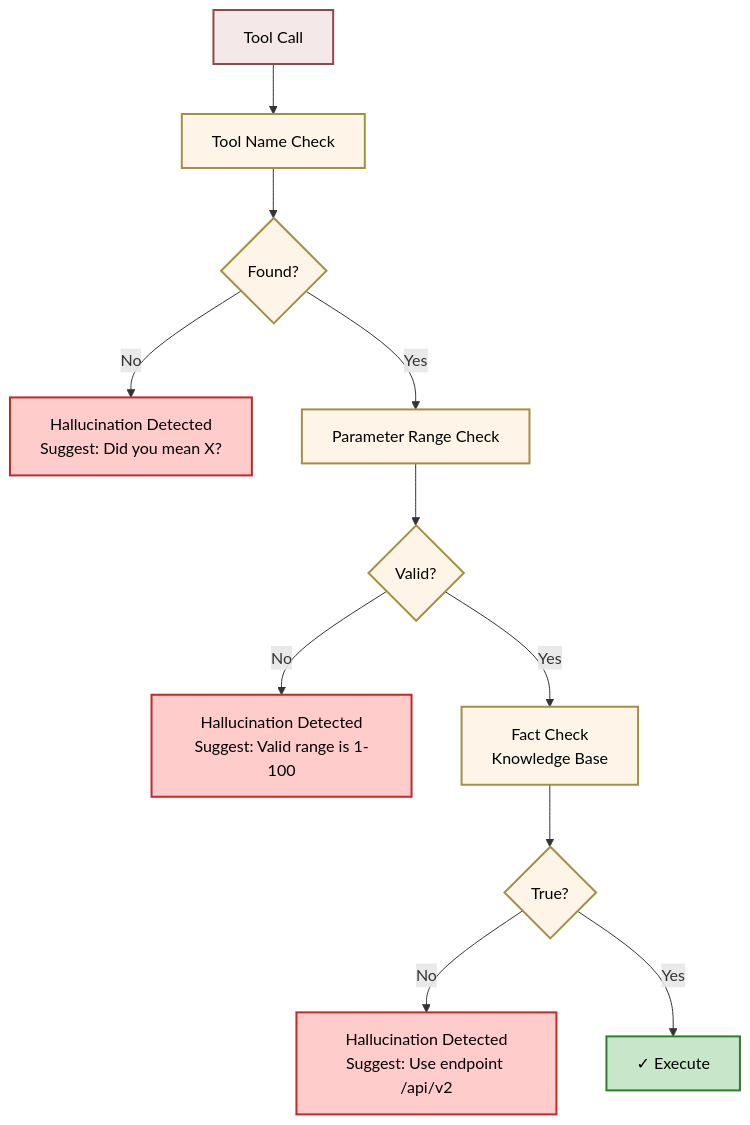
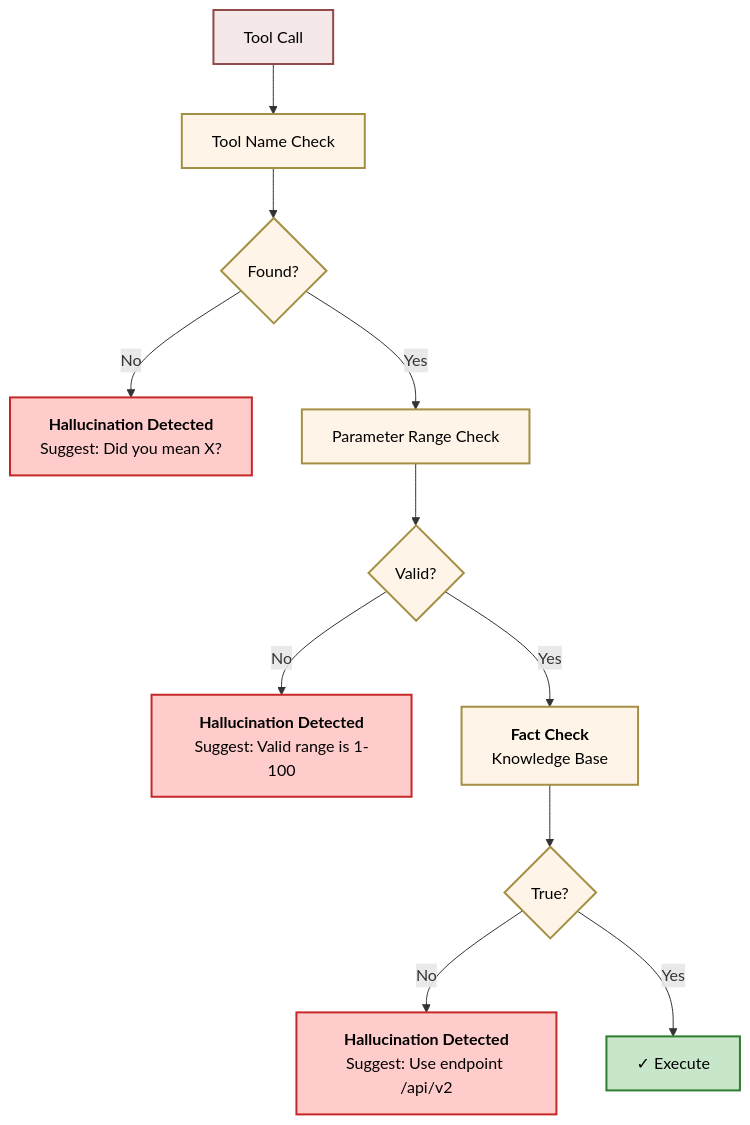
Before and after one commit to yeasy/harness_engineering_guide: the fourth of 6 diagrams in 07_model_integration/summary.md, drawn with Mermaid. The commit also changed other lines of this file and 26 other files, not shown here.

Commit message:
Add bold titles to Mermaid diagram nodes

````diff
--- a/07_model_integration/summary.md
+++ b/07_model_integration/summary.md
@@ -130,25 +130,25 @@
 ```mermaid
 graph TD
     A["Tool Call"] --> B["Tool Name Check"]
     B --> C{Found?}
-    C -->|No| D["Hallucination Detected<br/>Suggest: Did you mean X?"]
+    C -->|No| D["<b>Hallucination Detected</b><br/>Suggest: Did you mean X?"]
     C -->|Yes| E["Parameter Range Check"]
     E --> F{Valid?}
-    F -->|No| G["Hallucination Detected<br/>Suggest: Valid range is 1-100"]
-    F -->|Yes| H["Fact Check<br/>Knowledge Base"]
+    F -->|No| G["<b>Hallucination Detected</b><br/>Suggest: Valid range is 1-100"]
+    F -->|Yes| H["<b>Fact Check</b><br/>Knowledge Base"]
     H --> I{True?}
-    I -->|No| J["Hallucination Detected<br/>Suggest: Use endpoint /api/v2"]
+    I -->|No| J["<b>Hallucination Detected</b><br/>Suggest: Use endpoint /api/v2"]
     I -->|Yes| K["✓ Execute"]
 
     style A fill:#f4e8e8,stroke:#904a4a,stroke-width:2px,color:#000000
     style B fill:#fff4e8,stroke:#a49044,stroke-width:2px,color:#000000
     style C fill:#fff4e8,stroke:#a49044,stroke-width:2px,color:#000000
     style E fill:#fff4e8,stroke:#a49044,stroke-width:2px,color:#000000
     style F fill:#fff4e8,stroke:#a49044,stroke-width:2px,color:#000000
     style H fill:#fff4e8,stroke:#a49044,stroke-width:2px,color:#000000
     style I fill:#fff4e8,stroke:#a49044,stroke-width:2px,color:#000000
     style D fill:#ffcccc,stroke:#c62828,stroke-width:2px,color:#000000
     style G fill:#ffcccc,stroke:#c62828,stroke-width:2px,color:#000000
     style J fill:#ffcccc,stroke:#c62828,stroke-width:2px,color:#000000
     style K fill:#c8e6c9,stroke:#2e7d32,stroke-width:2px,color:#000000
 ```
````
